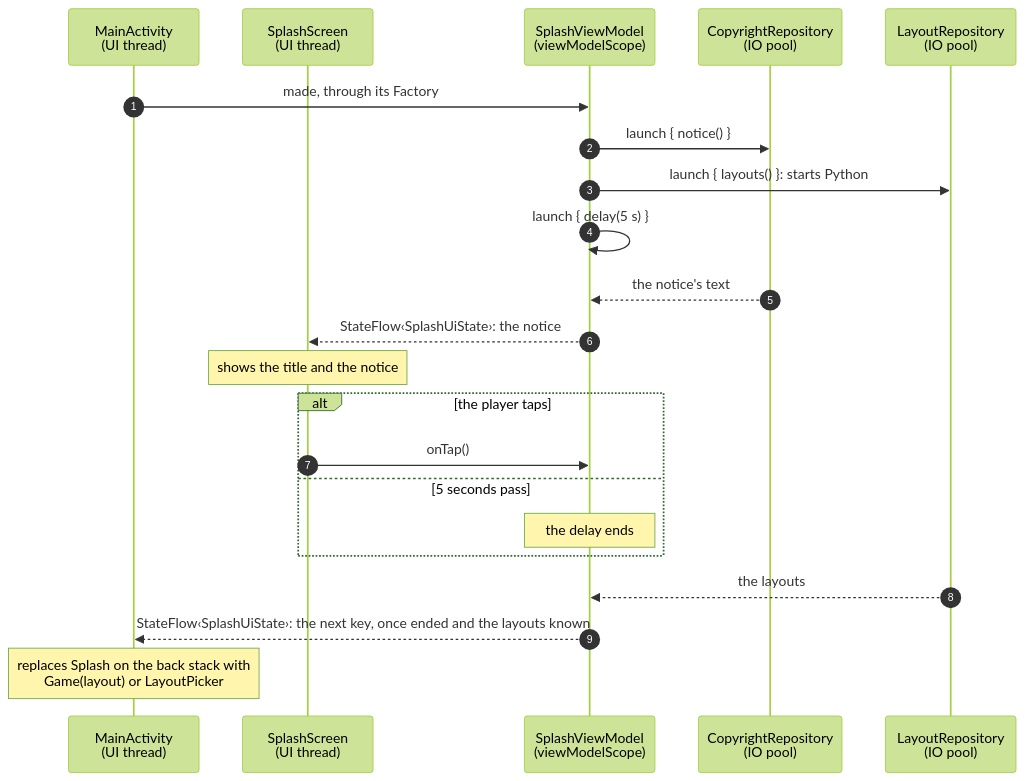
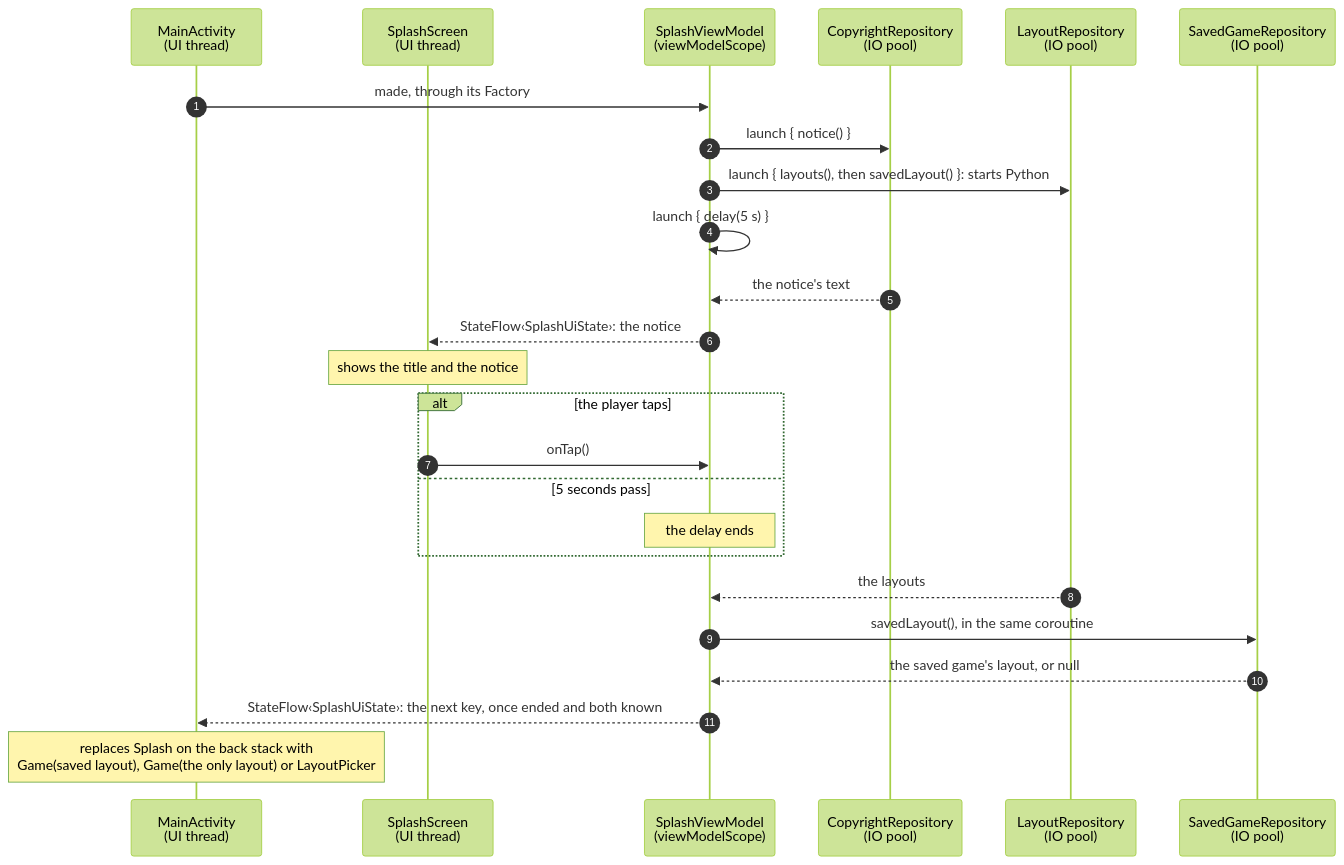
The third of 8 diagrams in android/docs/architecture.md (aivanov61/sudoku-solver), drawn with Mermaid (forest theme) before and after one commit. The commit also changed other lines of this file and 22 other files, not shown here.

Commit message:
Auto-save the game in progress to the app's storage whenever the app is stopped, restore it when the game starts and resume its layout from the splash, keeping with a warning a save file that can't be restored until there is something to save.

````diff
--- a/android/docs/architecture.md
+++ b/android/docs/architecture.md
@@ -116,26 +155,28 @@
 ```mermaid
 sequenceDiagram
     autonumber
     participant M as MainActivity<br/>(UI thread)
     participant S as SplashScreen<br/>(UI thread)
     participant VM as SplashViewModel<br/>(viewModelScope)
     participant R as CopyrightRepository<br/>(IO pool)
-
     participant L as LayoutRepository<br/>(IO pool)
+    participant SG as SavedGameRepository<br/>(IO pool)
 
     M->>VM: made, through its Factory
     VM->>R: launch { notice() }
-    VM->>L: launch { layouts() }: starts Python
+    VM->>L: launch { layouts(), then savedLayout() }: starts Python
     VM->>VM: launch { delay(5 s) }
     R-->>VM: the notice's text
     VM-->>S: StateFlow‹SplashUiState›: the notice
     Note over S: shows the title and the notice
     alt the player taps
         S->>VM: onTap()
     else 5 seconds pass
         Note over VM: the delay ends
     end
     L-->>VM: the layouts
-    VM-->>M: StateFlow‹SplashUiState›: the next key, once ended and the layouts known
-    Note over M: replaces Splash on the back stack with<br/>Game(layout) or LayoutPicker
+    VM->>SG: savedLayout(), in the same coroutine
+    SG-->>VM: the saved game's layout, or null
+    VM-->>M: StateFlow‹SplashUiState›: the next key, once ended and both known
+    Note over M: replaces Splash on the back stack with<br/>Game(saved layout), Game(the only layout) or LayoutPicker
 ```
````
